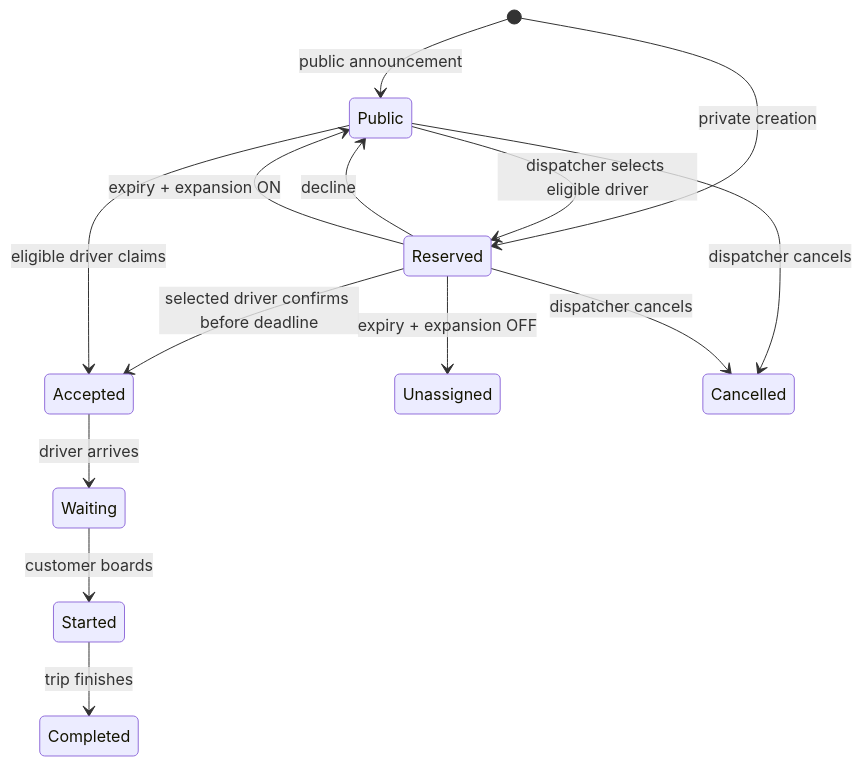
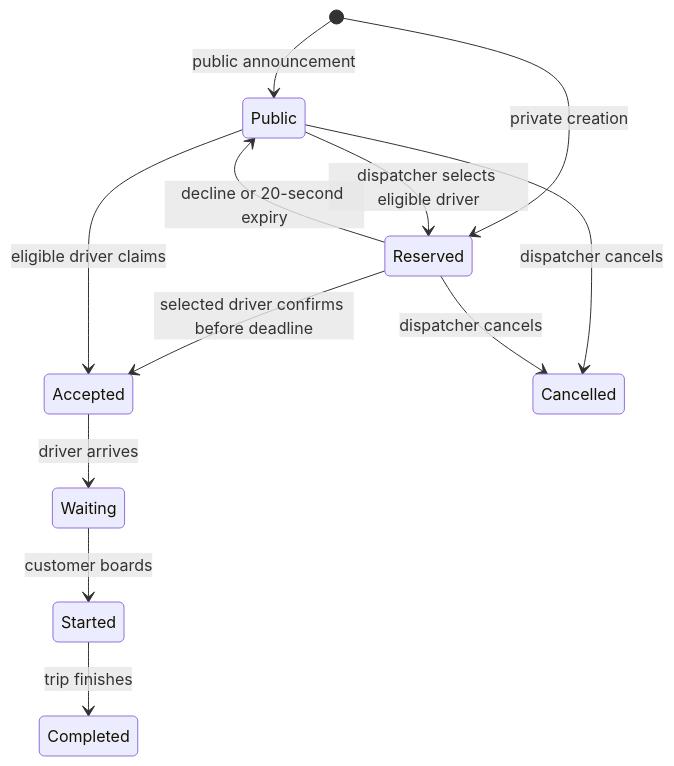
One commit to bagtyyarkovusov/tayyn-hyzmat-project changed the diagram in docs/private-offers.md. Above: the diagram before and after it, drawn with Mermaid. The commit also changed other lines of this file and 13 other files, not shown here.

````diff
--- a/docs/private-offers.md
+++ b/docs/private-offers.md
@@ -11,16 +11,14 @@
 ```mermaid
 stateDiagram-v2
   [*] --> Public: public announcement
   [*] --> Reserved: private creation
   Public --> Reserved: dispatcher selects eligible driver
   Reserved --> Accepted: selected driver confirms before deadline
-  Reserved --> Public: decline
-  Reserved --> Public: expiry + expansion ON
-  Reserved --> Unassigned: expiry + expansion OFF
+  Reserved --> Public: decline or 20-second expiry
   Public --> Accepted: eligible driver claims
   Public --> Cancelled: dispatcher cancels
   Reserved --> Cancelled: dispatcher cancels
   Accepted --> Waiting: driver arrives
   Waiting --> Started: customer boards
   Started --> Completed: trip finishes
 ```
````
